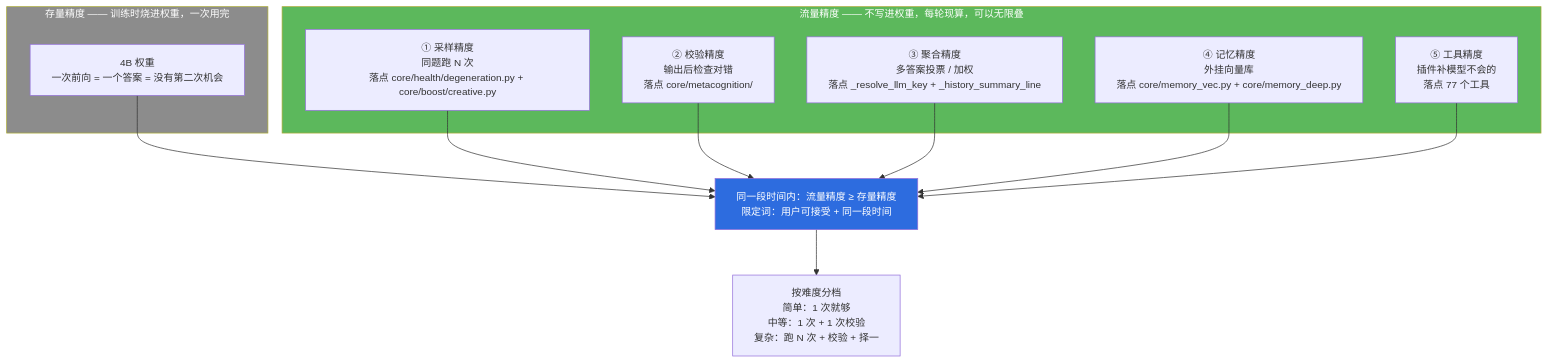
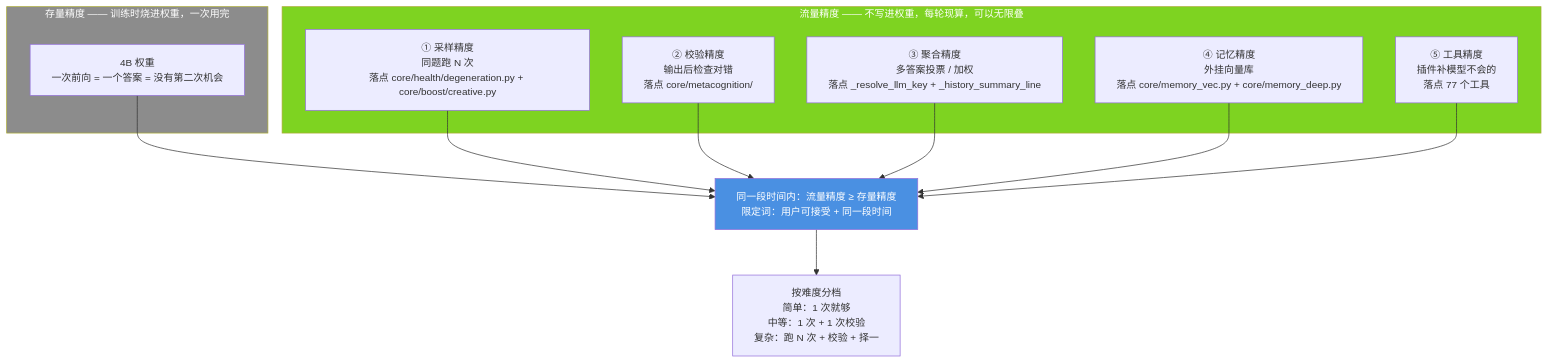
One commit to jiangchuangege/xiaojiao-harnees changed diagram 12 of 20 in docs/architecture-diagrams.md. Above: the diagram before and after it, drawn with Mermaid. The commit also changed other lines of this file and 32 other files, not shown here.

Commit message:
统一：全仓原理图配色到一套调色板 + 给 12 张灰图补色 + 修正自己会睡那张过期图

````diff
--- a/docs/architecture-diagrams.md
+++ b/docs/architecture-diagrams.md
@@ -436,24 +436,24 @@
 ```mermaid
 %%{init: {"themeVariables": {"fontSize": "14px"}, "flowchart": {"htmlLabels": true, "wrappingWidth": 340, "nodeSpacing": 46, "rankSpacing": 64, "useMaxWidth": true}}}%%
 flowchart TB
     subgraph S1["存量精度 —— 训练时烧进权重，一次用完"]
         W["4B 权重<br/>一次前向 = 一个答案 = 没有第二次机会"]
     end
     subgraph S2["流量精度 —— 不写进权重，每轮现算，可以无限叠"]
         P1["① 采样精度<br/>同题跑 N 次<br/>落点 core/health/degeneration.py + core/boost/creative.py"]
         P2["② 校验精度<br/>输出后检查对错<br/>落点 core/metacognition/"]
         P3["③ 聚合精度<br/>多答案投票 / 加权<br/>落点 _resolve_llm_key + _history_summary_line"]
         P4["④ 记忆精度<br/>外挂向量库<br/>落点 core/memory_vec.py + core/memory_deep.py"]
         P5["⑤ 工具精度<br/>插件补模型不会的<br/>落点 77 个工具"]
     end
     W --> SUM["同一段时间内：流量精度 ≥ 存量精度<br/>限定词：用户可接受 + 同一段时间"]
     P1 --> SUM
     P2 --> SUM
     P3 --> SUM
     P4 --> SUM
     P5 --> SUM
     SUM --> LV["按难度分档<br/>简单：1 次就够<br/>中等：1 次 + 1 次校验<br/>复杂：跑 N 次 + 校验 + 择一"]
     style S1 fill:#8c8c8c,color:#fff
-    style S2 fill:#5cb85c,color:#fff
-    style SUM fill:#2d6cdf,color:#fff
+    style S2 fill:#7ED321,color:#fff
+    style SUM fill:#4A90E2,color:#fff
 ```
````
